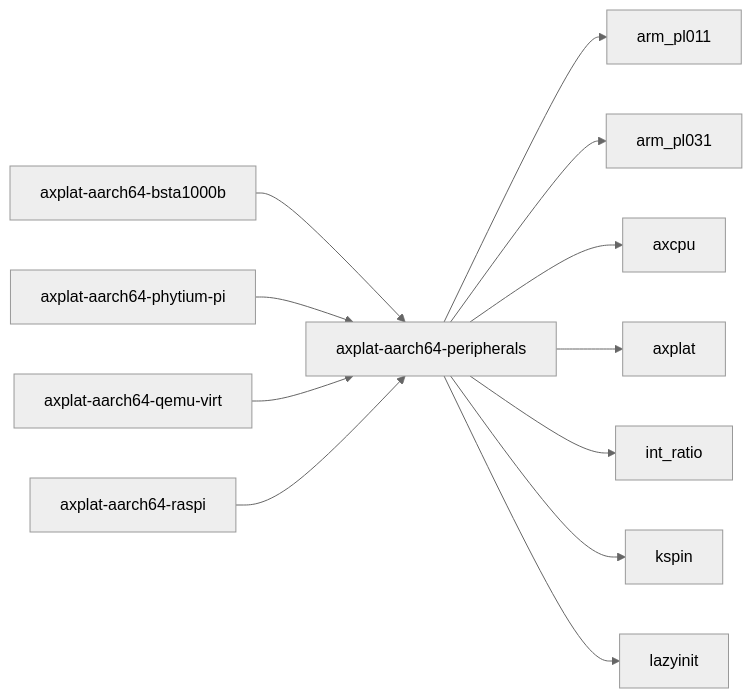
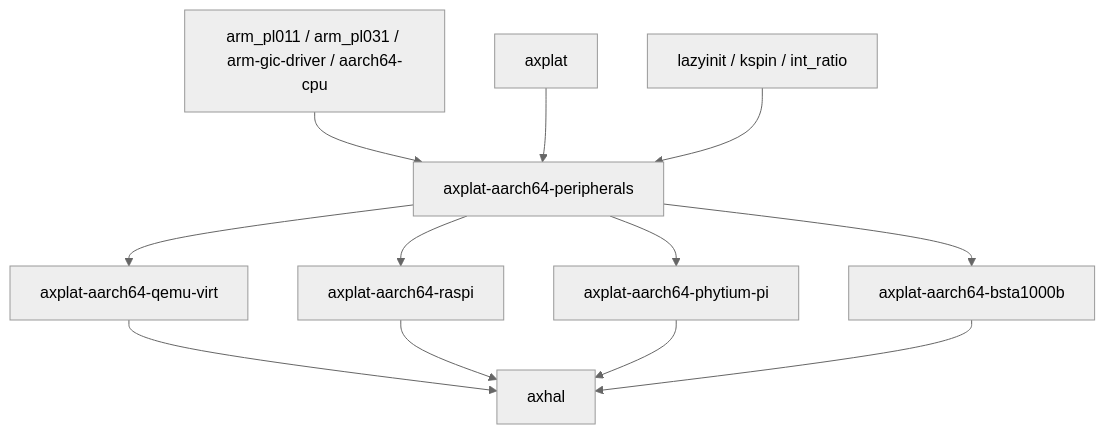
Before and after one commit to rcore-os/tgoskits: the second of 2 diagrams in docs/crates/axplat-aarch64-peripherals.md, drawn with Mermaid (neutral theme). The commit also changed other lines of this file and 6 other files, not shown here.

````diff
--- a/docs/crates/axplat-aarch64-peripherals.md
+++ b/docs/crates/axplat-aarch64-peripherals.md
@@ -38,15 +180,15 @@
 ```mermaid
-graph LR
-    current["axplat-aarch64-peripherals"]
-    current --> arm_pl011["arm_pl011"]
-    current --> arm_pl031["arm_pl031"]
-    current --> axcpu["axcpu"]
-    current --> axplat["axplat"]
-    current --> int_ratio["int_ratio"]
-    current --> kspin["kspin"]
-    current --> lazyinit["lazyinit"]
-    axplat_aarch64_bsta1000b["axplat-aarch64-bsta1000b"] --> current
-    axplat_aarch64_phytium_pi["axplat-aarch64-phytium-pi"] --> current
-    axplat_aarch64_qemu_virt["axplat-aarch64-qemu-virt"] --> current
-    axplat_aarch64_raspi["axplat-aarch64-raspi"] --> current
+graph TD
+    A[arm_pl011 / arm_pl031 / arm-gic-driver / aarch64-cpu] --> B[axplat-aarch64-peripherals]
+    C[axplat] --> B
+    D[lazyinit / kspin / int_ratio] --> B
+
+    B --> E[axplat-aarch64-qemu-virt]
+    B --> F[axplat-aarch64-raspi]
+    B --> G[axplat-aarch64-phytium-pi]
+    B --> H[axplat-aarch64-bsta1000b]
+    E --> I[axhal]
+    F --> I
+    G --> I
+    H --> I
 ```
````
